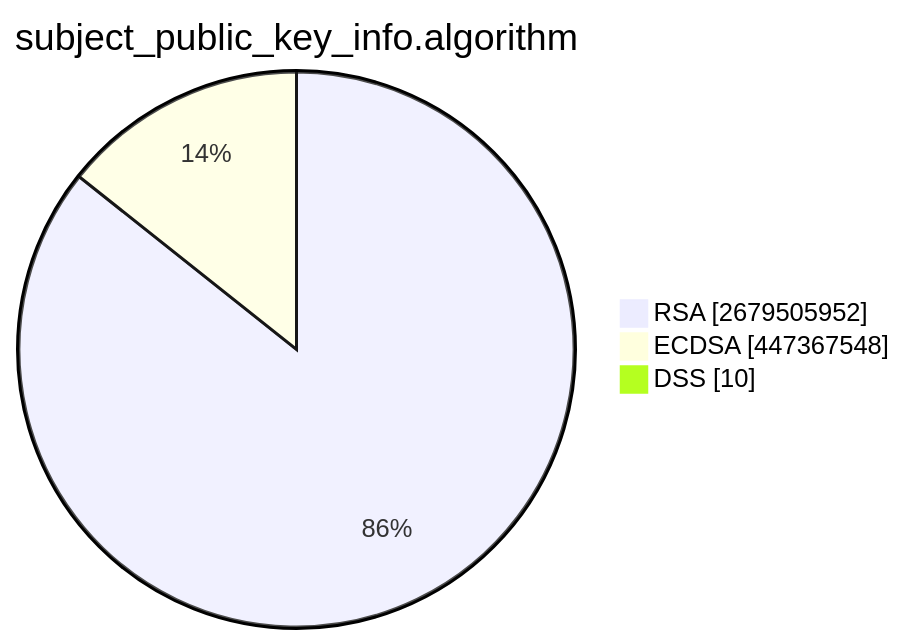
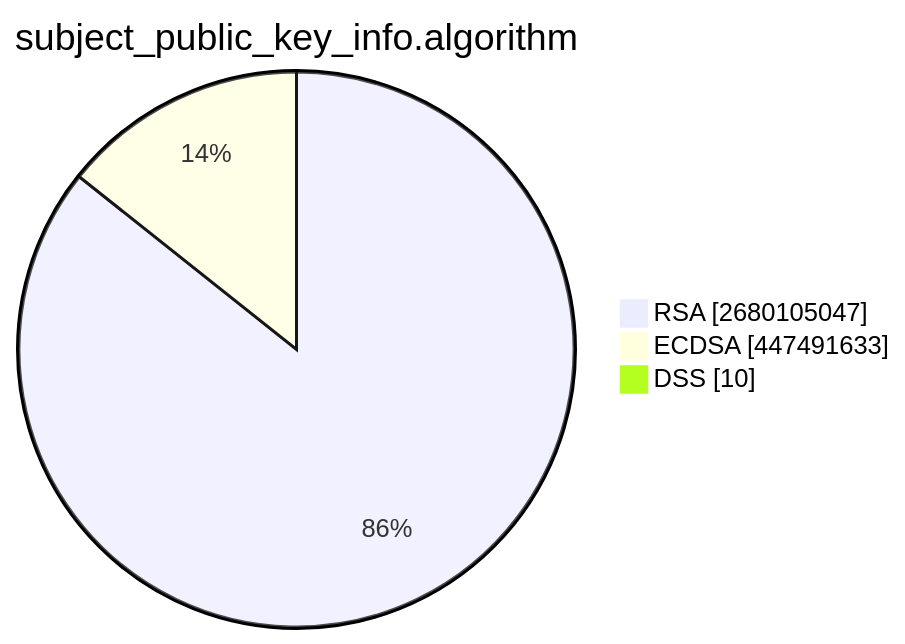
One commit to christiankrug/ctmonitor_visualization changed the second of 15 diagrams in TOTAL/README.md. Above: the diagram before and after it, drawn with Mermaid. The commit also changed other lines of this file, not shown here.

````diff
--- a/TOTAL/README.md
+++ b/TOTAL/README.md
@@ -6,7 +6,7 @@
 ```mermaid
 pie showData
 title subject_public_key_info.algorithm
-"RSA" :2679505952
-"ECDSA" :447367548
+"RSA" :2680105047
+"ECDSA" :447491633
 "DSS" :10
 ```
````
